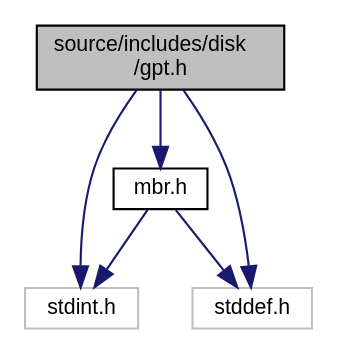
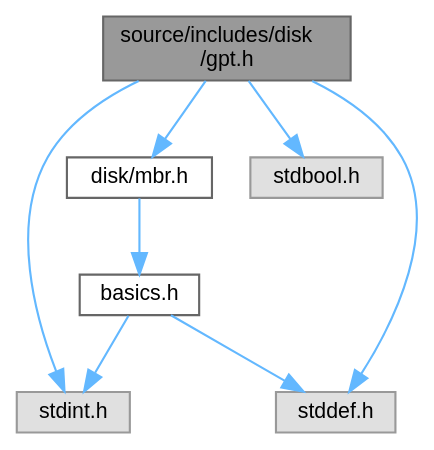
Before and after one commit to Frost-Wing/doxygen-docs: the diagram in gpt_8h__incl.dot, drawn with Graphviz. The commit also changed 1093 other files, not shown here.

```diff
--- a/gpt_8h__incl.dot
+++ b/gpt_8h__incl.dot
@@ -1,15 +1,20 @@
 digraph "source/includes/disk/gpt.h"
 {
  // LATEX_PDF_SIZE
-  edge [fontname="Helvetica",fontsize="10",labelfontname="Helvetica",labelfontsize="10"];
-  node [fontname="Helvetica",fontsize="10",shape=record];
-  Node1 [label="source/includes/disk\l/gpt.h",height=0.2,width=0.4,color="black", fillcolor="grey75", style="filled", fontcolor="black",tooltip=" "];
-  Node1 -> Node2 [color="midnightblue",fontsize="10",style="solid",fontname="Helvetica"];
-  Node2 [label="stdint.h",height=0.2,width=0.4,color="grey75", fillcolor="white", style="filled",tooltip=" "];
-  Node1 -> Node3 [color="midnightblue",fontsize="10",style="solid",fontname="Helvetica"];
-  Node3 [label="stddef.h",height=0.2,width=0.4,color="grey75", fillcolor="white", style="filled",tooltip=" "];
-  Node1 -> Node4 [color="midnightblue",fontsize="10",style="solid",fontname="Helvetica"];
-  Node4 [label="mbr.h",height=0.2,width=0.4,color="black", fillcolor="white", style="filled",URL="$mbr_8h.html",tooltip=" "];
-  Node4 -> Node2 [color="midnightblue",fontsize="10",style="solid",fontname="Helvetica"];
-  Node4 -> Node3 [color="midnightblue",fontsize="10",style="solid",fontname="Helvetica"];
+  bgcolor="transparent";
+  edge [fontname=Helvetica,fontsize=10,labelfontname=Helvetica,labelfontsize=10];
+  node [fontname=Helvetica,fontsize=10,shape=box,height=0.2,width=0.4];
+  Node1 [id="Node000001",label="source/includes/disk\l/gpt.h",height=0.2,width=0.4,color="gray40", fillcolor="grey60", style="filled", fontcolor="black",tooltip=" "];
+  Node1 -> Node2 [id="edge1_Node000001_Node000002",color="steelblue1",style="solid",tooltip=" "];
+  Node2 [id="Node000002",label="stdint.h",height=0.2,width=0.4,color="grey60", fillcolor="#E0E0E0", style="filled",tooltip=" "];
+  Node1 -> Node3 [id="edge2_Node000001_Node000003",color="steelblue1",style="solid",tooltip=" "];
+  Node3 [id="Node000003",label="stddef.h",height=0.2,width=0.4,color="grey60", fillcolor="#E0E0E0", style="filled",tooltip=" "];
+  Node1 -> Node4 [id="edge3_Node000001_Node000004",color="steelblue1",style="solid",tooltip=" "];
+  Node4 [id="Node000004",label="stdbool.h",height=0.2,width=0.4,color="grey60", fillcolor="#E0E0E0", style="filled",tooltip=" "];
+  Node1 -> Node5 [id="edge4_Node000001_Node000005",color="steelblue1",style="solid",tooltip=" "];
+  Node5 [id="Node000005",label="disk/mbr.h",height=0.2,width=0.4,color="grey40", fillcolor="white", style="filled",URL="$mbr_8h.html",tooltip="The header to read the LBA0 and check whether the disk is MBR."];
+  Node5 -> Node6 [id="edge5_Node000005_Node000006",color="steelblue1",style="solid",tooltip=" "];
+  Node6 [id="Node000006",label="basics.h",height=0.2,width=0.4,color="grey40", fillcolor="white", style="filled",URL="$basics_8h.html",tooltip="This is a basic header files with FrostWing specific short forms and basically a good for life header..."];
+  Node6 -> Node2 [id="edge6_Node000006_Node000002",color="steelblue1",style="solid",tooltip=" "];
+  Node6 -> Node3 [id="edge7_Node000006_Node000003",color="steelblue1",style="solid",tooltip=" "];
 }
```
